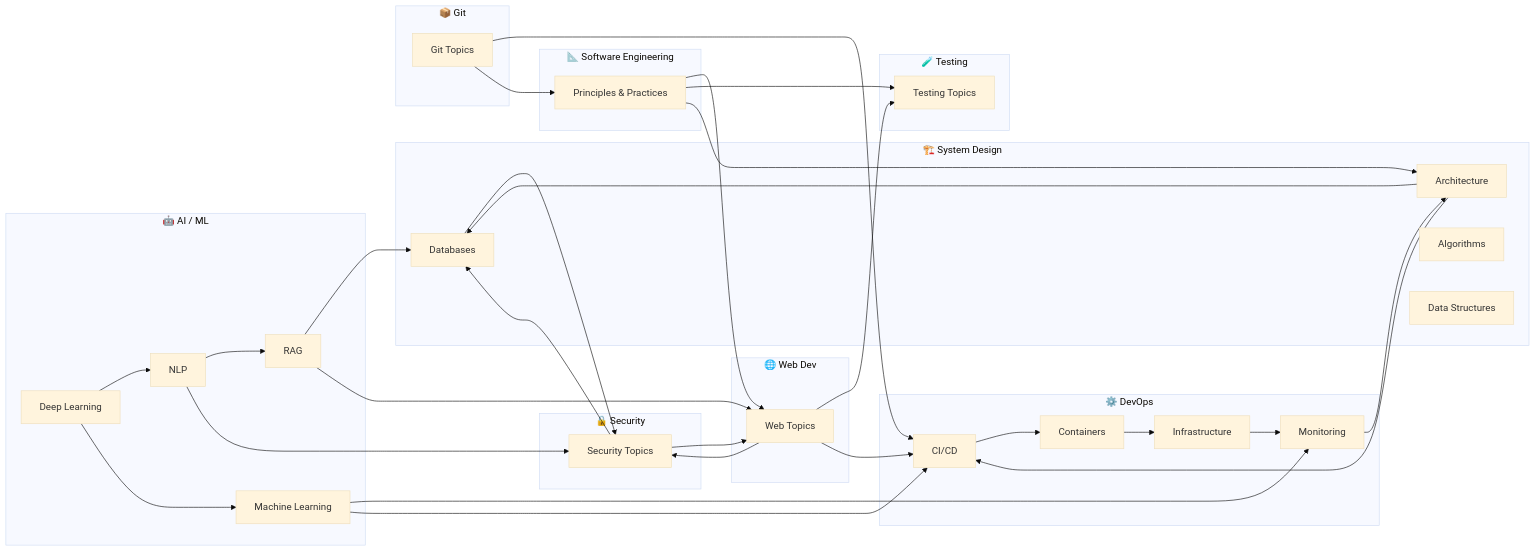
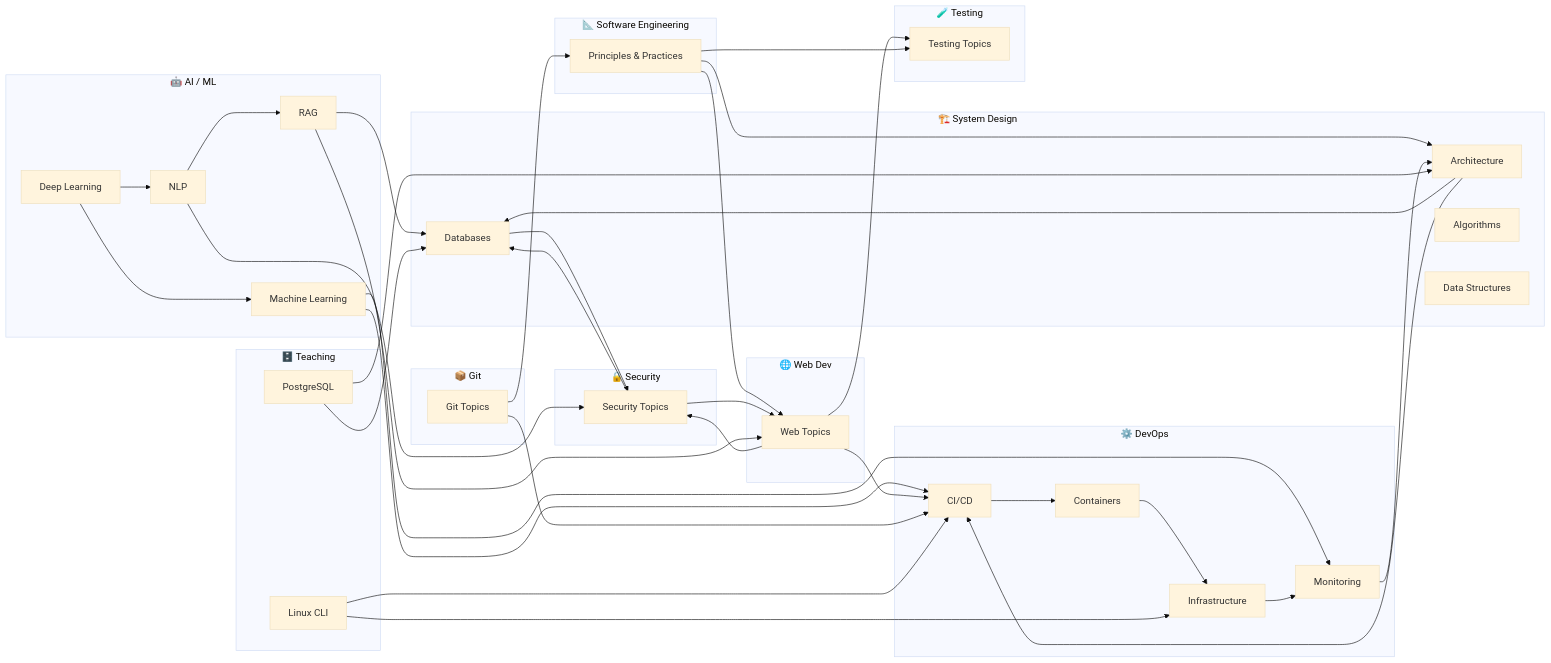
One commit to Saboor-Hamedi/lumina-notes changed the second of 2 diagrams in _MOC.md. Above: the diagram before and after it, drawn with Mermaid (base theme). The commit also changed other lines of this file and 59 other files, not shown here.

````diff
--- a/_MOC.md
+++ b/_MOC.md
@@ -368,69 +382,78 @@
 ```mermaid
 graph LR
   subgraph AI_ML["🤖 AI / ML"]
     DL["Deep Learning"]
     NLP["NLP"]
     RAG["RAG"]
     ML["Machine Learning"]
   end
 
   subgraph DevOps["⚙️ DevOps"]
     CICD["CI/CD"]
     CT["Containers"]
     INF["Infrastructure"]
     MON["Monitoring"]
   end
 
   subgraph SD["🏗️ System Design"]
     ARCH["Architecture"]
     DB["Databases"]
     ALGO["Algorithms"]
     DS["Data Structures"]
   end
 
   subgraph SE["📐 Software Engineering"]
     SE_N["Principles & Practices"]
   end
 
   subgraph SEC["🔒 Security"]
     SEC_N["Security Topics"]
   end
 
   subgraph TST["🧪 Testing"]
     TST_N["Testing Topics"]
   end
 
   subgraph WEB["🌐 Web Dev"]
     WEB_N["Web Topics"]
   end
 
   subgraph GIT["📦 Git"]
     GIT_N["Git Topics"]
   end
 
+  subgraph TCH["🗄️ Teaching"]
+    DB_T["PostgreSQL"]
+    LX_T["Linux CLI"]
+  end
+
   DL --> NLP
   DL --> ML
   NLP --> RAG
   ML --> MON
   ML --> CICD
   CICD --> CT
   CT --> INF
   INF --> MON
   ARCH --> DB
   DB --> SEC_N
   WEB_N --> SEC_N
   WEB_N --> TST_N
   WEB_N --> CICD
   SE_N --> WEB_N
   SE_N --> TST_N
   SE_N --> ARCH
   SEC_N --> WEB_N
   SEC_N --> DB
   GIT_N --> CICD
   GIT_N --> SE_N
   MON --> ARCH
   ARCH --> CICD
   NLP --> SEC_N
   RAG --> DB
   RAG --> WEB_N
+  DB_T --> DB
+  DB_T --> ARCH
+  LX_T --> INF
+  LX_T --> CICD
 ```
````
